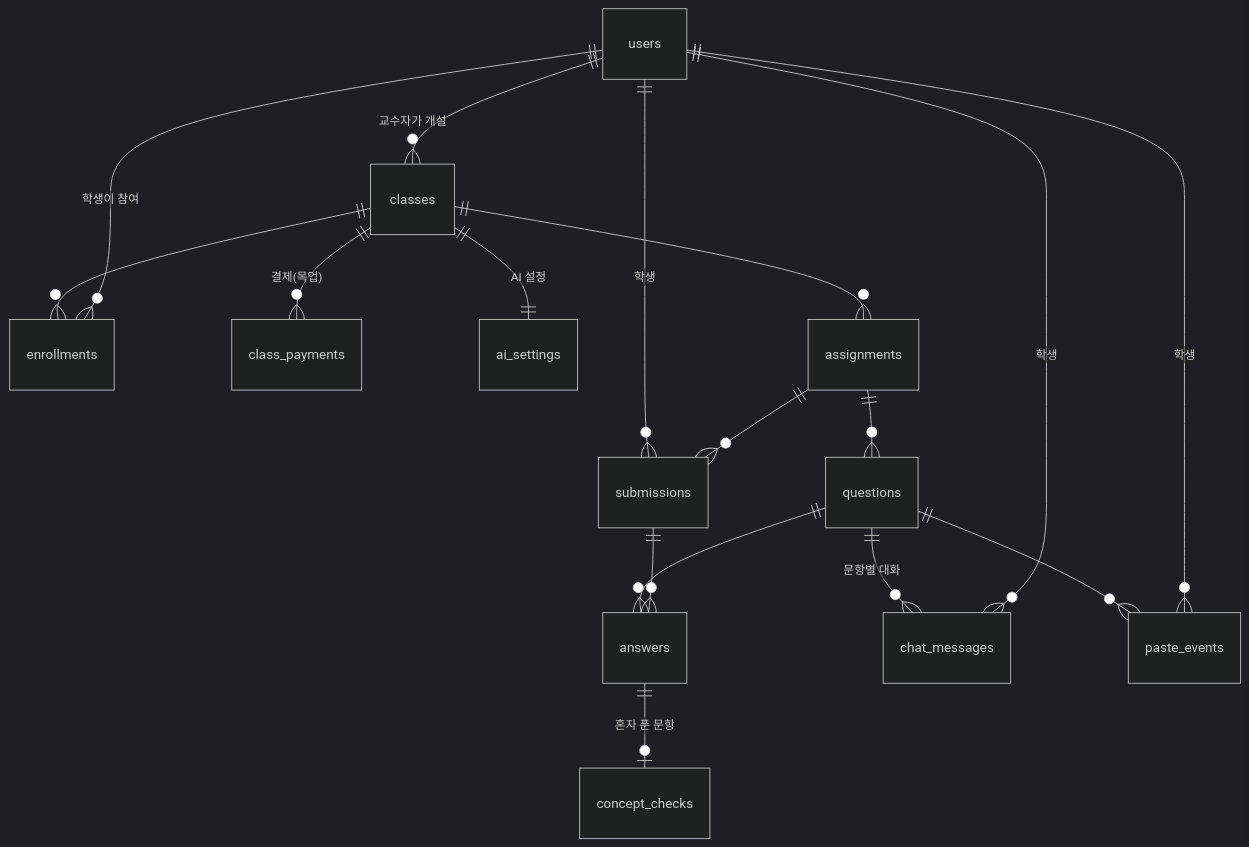
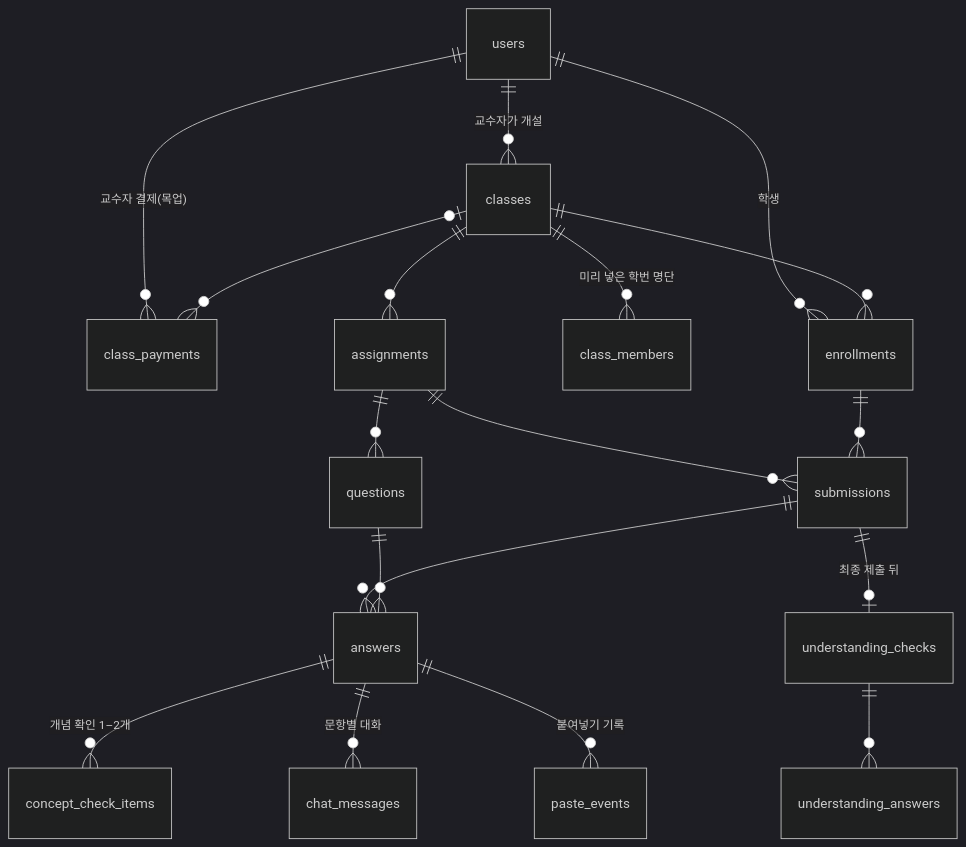
One commit to choi-jihyang/NLP changed the diagram in docs/planning/schema.md. Above: the diagram before and after it, drawn with Mermaid (dark theme). The commit also changed other lines of this file and 1 other file, not shown here.

First line of the commit message:
[schema-v3] DB 스키마를 화면시안 v3 기준으로 다시 작성

````diff
--- a/docs/planning/schema.md
+++ b/docs/planning/schema.md
@@ -28,19 +42,20 @@
 ```mermaid
 erDiagram
     users ||--o{ classes : "교수자가 개설"
-    users ||--o{ enrollments : "학생이 참여"
+    users ||--o{ class_payments : "교수자 결제(목업)"
+    classes |o--o{ class_payments : ""
+    users ||--o{ enrollments : "학생"
     classes ||--o{ enrollments : ""
-    classes ||--o{ class_payments : "결제(목업)"
-    classes ||--|| ai_settings : "AI 설정"
+    classes ||--o{ class_members : "미리 넣은 학번 명단"
     classes ||--o{ assignments : ""
     assignments ||--o{ questions : ""
     assignments ||--o{ submissions : ""
-    users ||--o{ submissions : "학생"
+    enrollments ||--o{ submissions : ""
     submissions ||--o{ answers : ""
     questions ||--o{ answers : ""
-    answers ||--o| concept_checks : "혼자 푼 문항"
-    users ||--o{ chat_messages : "학생"
-    questions ||--o{ chat_messages : "문항별 대화"
-    users ||--o{ paste_events : "학생"
-    questions ||--o{ paste_events : ""
+    answers ||--o{ concept_check_items : "개념 확인 1–2개"
+    submissions ||--o| understanding_checks : "최종 제출 뒤"
+    understanding_checks ||--o{ understanding_answers : ""
+    answers ||--o{ chat_messages : "문항별 대화"
+    answers ||--o{ paste_events : "붙여넣기 기록"
 ```
````
